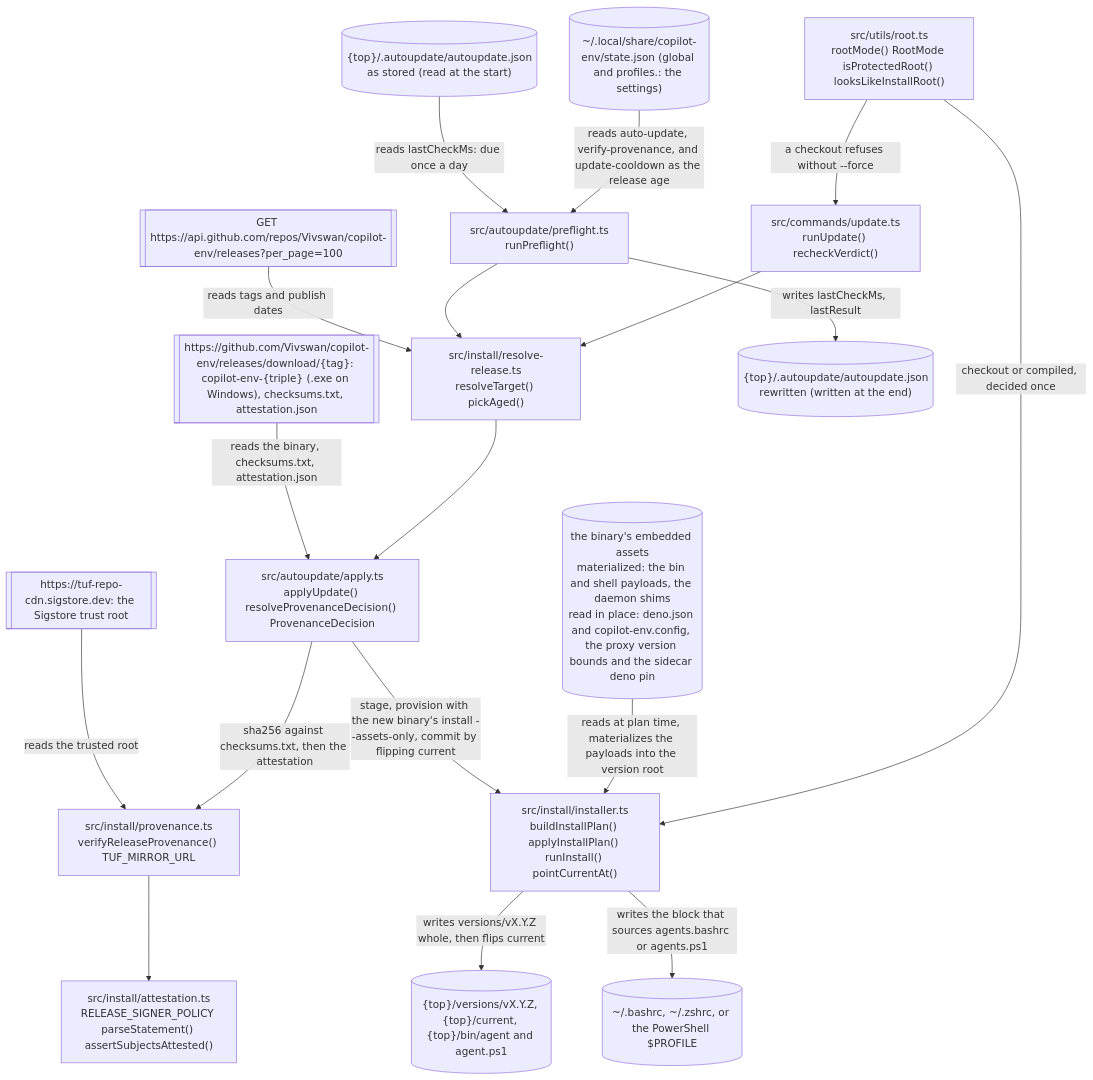
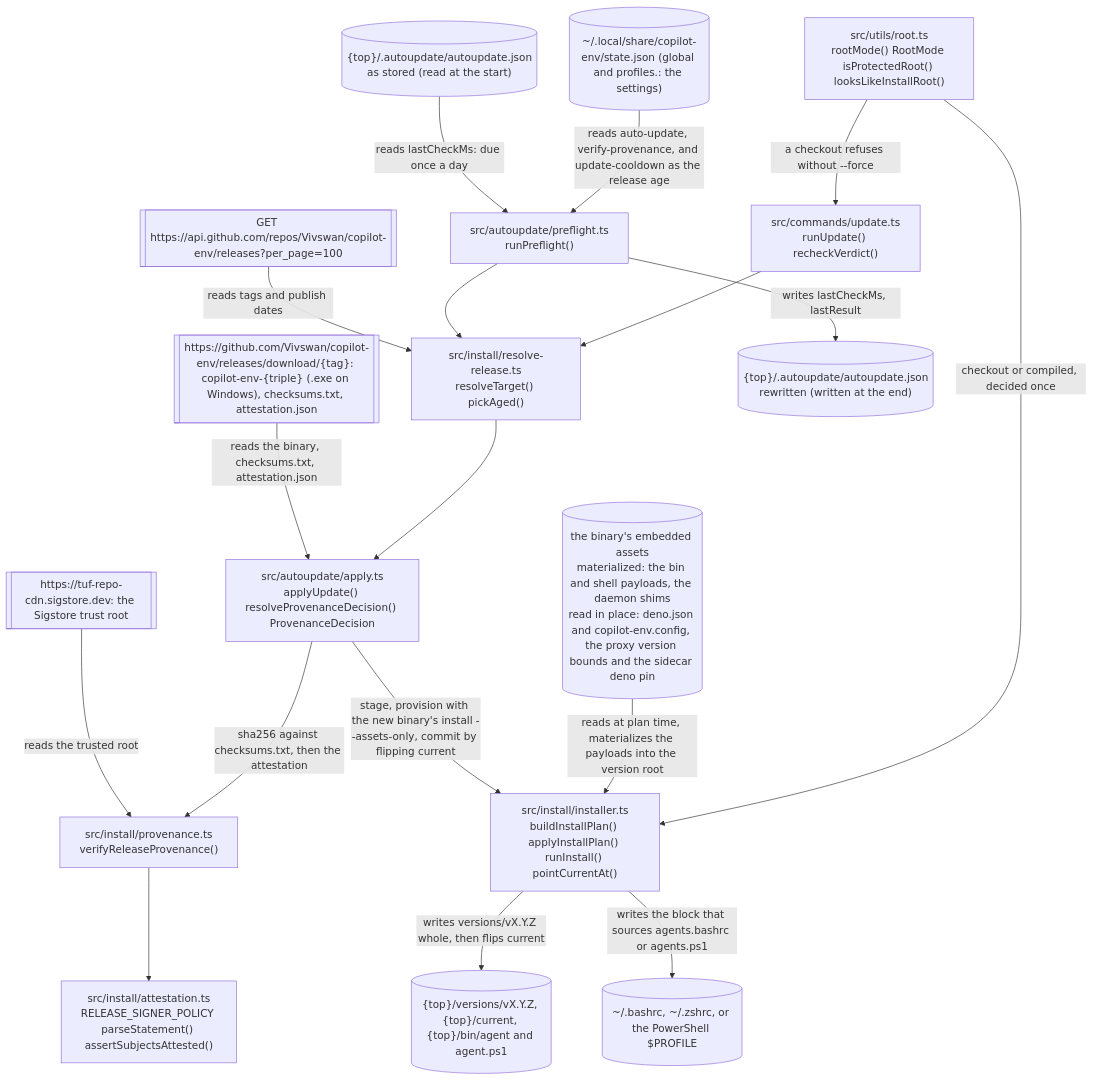
The sixth of 8 diagrams in docs/architecture.md (Vivswan/copilot-env), drawn with Mermaid before and after one commit. The commit also changed 26 other files, not shown here.

````diff
--- a/docs/architecture.md
+++ b/docs/architecture.md
@@ -201,37 +201,37 @@
 ```mermaid
 flowchart TD
   assets[("the binary's embedded assets<br>materialized: the bin and shell payloads, the daemon shims<br>read in place: deno.json and copilot-env.config, the proxy version bounds and the sidecar deno pin")]
   releases[["GET https://api.github.com/repos/Vivswan/copilot-env/releases?per_page=100"]]
   download[["https://github.com/Vivswan/copilot-env/releases/download/{tag}: copilot-env-{triple} (.exe on Windows), checksums.txt, attestation.json"]]
   tuf[["https://tuf-repo-cdn.sigstore.dev: the Sigstore trust root"]]
   prefs[("~/.local/share/copilot-env/state.json (global and profiles.<name>: the settings)")]
   autostatein[("{top}/.autoupdate/autoupdate.json<br>as stored (read at the start)")]
   root["src/utils/root.ts<br>rootMode() RootMode isProtectedRoot() looksLikeInstallRoot()"]
   install["src/install/installer.ts<br>buildInstallPlan() applyInstallPlan() runInstall() pointCurrentAt()"]
   update["src/commands/update.ts<br>runUpdate() recheckVerdict()"]
   preflight["src/autoupdate/preflight.ts<br>runPreflight()"]
   release["src/install/resolve-release.ts<br>resolveTarget() pickAged()"]
   apply["src/autoupdate/apply.ts<br>applyUpdate() resolveProvenanceDecision() ProvenanceDecision"]
-  prov["src/install/provenance.ts<br>verifyReleaseProvenance() TUF_MIRROR_URL"]
+  prov["src/install/provenance.ts<br>verifyReleaseProvenance()"]
   att["src/install/attestation.ts<br>RELEASE_SIGNER_POLICY parseStatement() assertSubjectsAttested()"]
   layout[("{top}/versions/vX.Y.Z, {top}/current, {top}/bin/agent and agent.ps1")]
   rcfile[("~/.bashrc, ~/.zshrc, or the PowerShell $PROFILE")]
   autostateout[("{top}/.autoupdate/autoupdate.json<br>rewritten (written at the end)")]
   root -->|"checkout or compiled, decided once"| install
   root -->|"a checkout refuses without --force"| update
   assets -->|"reads at plan time, materializes the payloads into the version root"| install
   prefs -->|"reads auto-update, verify-provenance, and update-cooldown as the release age"| preflight
   autostatein -->|"reads lastCheckMs: due once a day"| preflight
   update --> release
   preflight --> release
   releases -->|"reads tags and publish dates"| release
   release --> apply
   download -->|"reads the binary, checksums.txt, attestation.json"| apply
   apply -->|"sha256 against checksums.txt, then the attestation"| prov
   tuf -->|"reads the trusted root"| prov
   prov --> att
   apply -->|"stage, provision with the new binary's install --assets-only, commit by flipping current"| install
   install -->|"writes versions/vX.Y.Z whole, then flips current"| layout
   install -->|"writes the block that sources agents.bashrc or agents.ps1"| rcfile
   preflight -->|"writes lastCheckMs, lastResult"| autostateout
 ```
````
